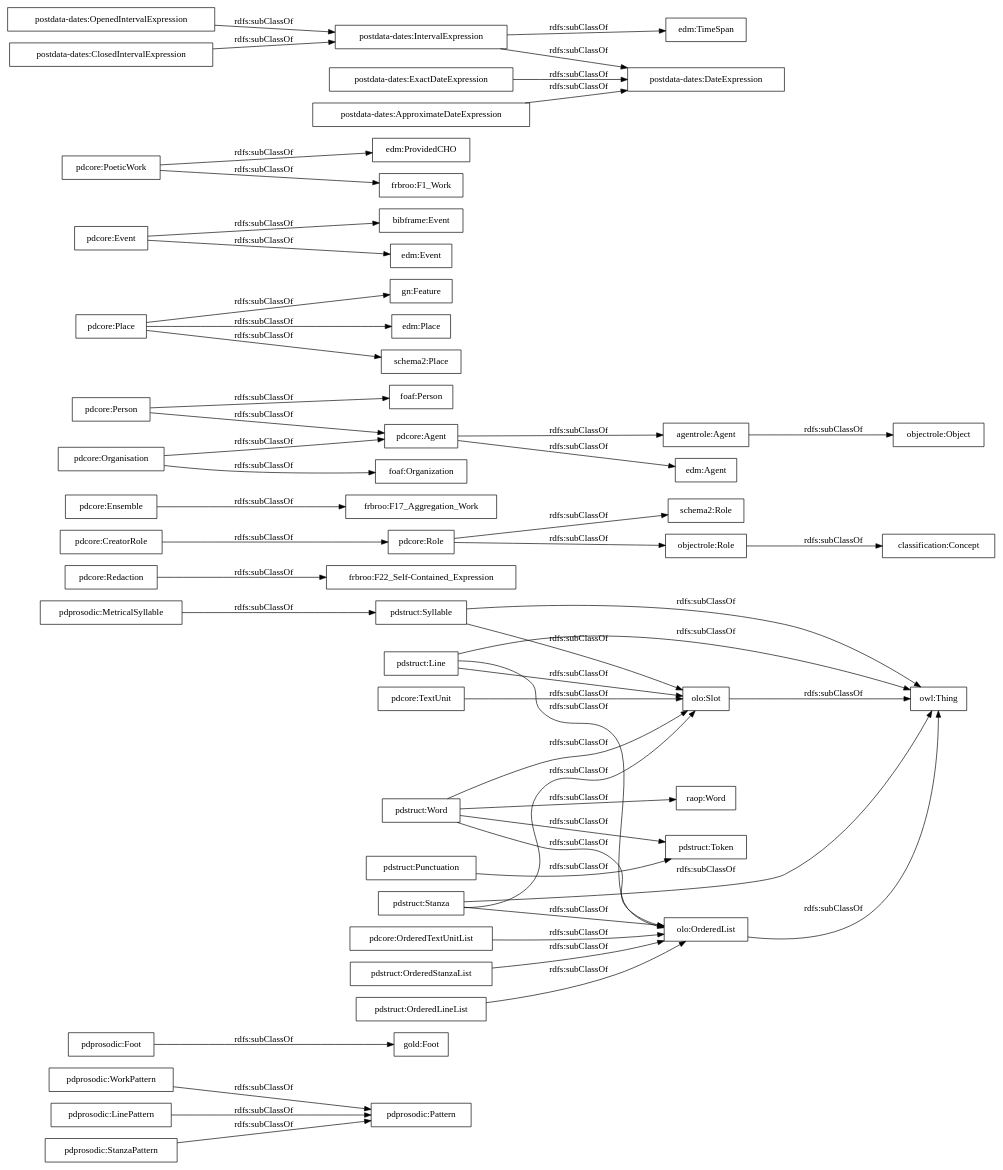
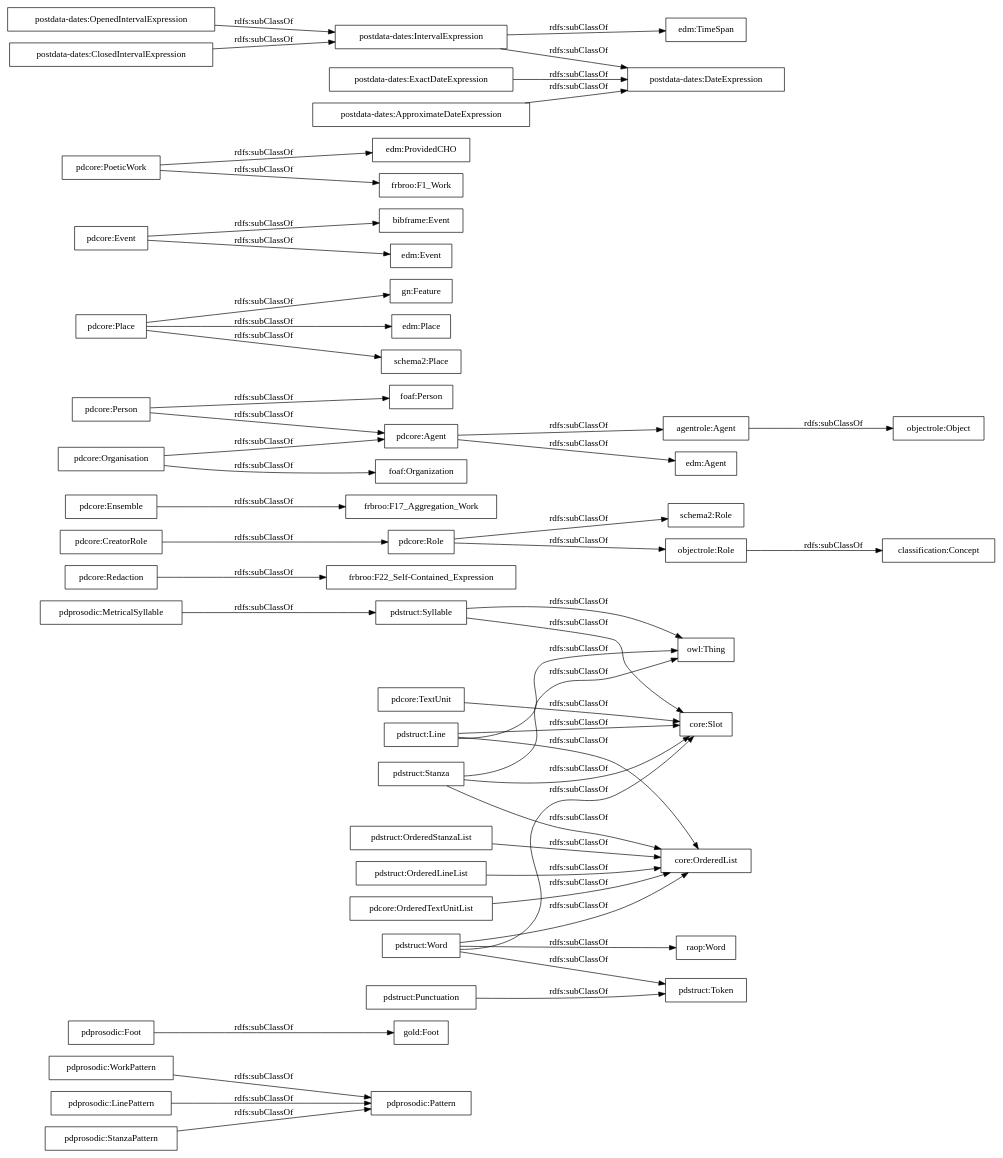
One commit to linhd-postdata/prosodicElements-ontology changed the diagram in OnToology/postdata-prosodicElements.owl/diagrams/ar2dtool-taxonomy/postdata-prosodicElements.owl.png.dot. Above: the diagram before and after it, drawn with Graphviz. The commit also changed 12 other files, not shown here.

```diff
--- a/OnToology/postdata-prosodicElements.owl/diagrams/ar2dtool-taxonomy/postdata-prosodicElements.owl.png.dot
+++ b/OnToology/postdata-prosodicElements.owl/diagrams/ar2dtool-taxonomy/postdata-prosodicElements.owl.png.dot
@@ -1,56 +1,54 @@
 digraph ar2dtool_diagram { 
 rankdir=LR;
 size="1000"
-node [shape = rectangle, color="black"]; "pdprosodic:WorkPattern" "pdprosodic:Foot" "pdprosodic:MetricalSyllable" "pdprosodic:LinePattern" "pdprosodic:Pattern" "gold:Foot" "pdprosodic:StanzaPattern" "pdstruct:Line" "pdstruct:Punctuation" "pdstruct:OrderedStanzaList" "pdstruct:Word" "pdstruct:Stanza" "pdstruct:Token" "pdstruct:Syllable" "pdcore:Redaction" "raop:Word" "pdstruct:OrderedLineList" "olo:Slot" "olo:OrderedList" "pdcore:Role" "frbroo:F17_Aggregation_Work" "pdcore:OrderedTextUnitList" "agentrole:Agent" "gn:Feature" "edm:Agent" "pdcore:Agent" "pdcore:CreatorRole" "pdcore:Person" "pdcore:Organisation" "edm:Place" "pdcore:Ensemble" "foaf:Person" "frbroo:F22_Self-Contained_Expression" "bibframe:Event" "edm:Event" "pdcore:TextUnit" "foaf:Organization" "edm:ProvidedCHO" "pdcore:Place" "schema2:Place" "pdcore:Event" "pdcore:PoeticWork" "frbroo:F1_Work" "schema2:Role" "owl:Thing" "objectrole:Role" "objectrole:Object" "postdata-dates:OpenedIntervalExpression" "postdata-dates:ClosedIntervalExpression" "postdata-dates:IntervalExpression" "postdata-dates:ExactDateExpression" "edm:TimeSpan" "postdata-dates:DateExpression" "postdata-dates:ApproximateDateExpression" "classification:Concept" ; /*classes style*/
+node [shape = rectangle, color="black"]; "pdprosodic:WorkPattern" "pdprosodic:Foot" "pdprosodic:MetricalSyllable" "pdprosodic:LinePattern" "pdprosodic:Pattern" "gold:Foot" "pdprosodic:StanzaPattern" "pdstruct:Line" "pdstruct:Punctuation" "pdstruct:OrderedStanzaList" "pdstruct:Word" "pdstruct:Stanza" "pdstruct:Token" "pdcore:Redaction" "pdstruct:Syllable" "raop:Word" "pdstruct:OrderedLineList" "pdcore:Role" "frbroo:F17_Aggregation_Work" "pdcore:OrderedTextUnitList" "agentrole:Agent" "gn:Feature" "edm:Agent" "pdcore:Agent" "pdcore:CreatorRole" "pdcore:Person" "pdcore:Organisation" "edm:Place" "pdcore:Ensemble" "foaf:Person" "frbroo:F22_Self-Contained_Expression" "bibframe:Event" "edm:Event" "pdcore:TextUnit" "foaf:Organization" "edm:ProvidedCHO" "pdcore:Place" "schema2:Place" "pdcore:Event" "pdcore:PoeticWork" "frbroo:F1_Work" "schema2:Role" "owl:Thing" "objectrole:Role" "objectrole:Object" "postdata-dates:OpenedIntervalExpression" "postdata-dates:ClosedIntervalExpression" "postdata-dates:IntervalExpression" "postdata-dates:ExactDateExpression" "edm:TimeSpan" "postdata-dates:DateExpression" "postdata-dates:ApproximateDateExpression" "classification:Concept" ; /*classes style*/
 	"pdprosodic:WorkPattern" -> "pdprosodic:Pattern" [ label = "rdfs:subClassOf" ];
-	"pdstruct:OrderedStanzaList" -> "olo:OrderedList" [ label = "rdfs:subClassOf" ];
+	"pdstruct:OrderedStanzaList" -> "core:OrderedList" [ label = "rdfs:subClassOf" ];
 	"pdprosodic:MetricalSyllable" -> "pdstruct:Syllable" [ label = "rdfs:subClassOf" ];
 	"pdstruct:Punctuation" -> "pdstruct:Token" [ label = "rdfs:subClassOf" ];
 	"agentrole:Agent" -> "objectrole:Object" [ label = "rdfs:subClassOf" ];
-	"pdstruct:Word" -> "olo:OrderedList" [ label = "rdfs:subClassOf" ];
-	"pdstruct:Word" -> "olo:Slot" [ label = "rdfs:subClassOf" ];
+	"pdstruct:Word" -> "core:OrderedList" [ label = "rdfs:subClassOf" ];
+	"pdstruct:Word" -> "core:Slot" [ label = "rdfs:subClassOf" ];
 	"pdstruct:Word" -> "pdstruct:Token" [ label = "rdfs:subClassOf" ];
 	"pdstruct:Word" -> "raop:Word" [ label = "rdfs:subClassOf" ];
 	"pdcore:PoeticWork" -> "frbroo:F1_Work" [ label = "rdfs:subClassOf" ];
 	"pdcore:PoeticWork" -> "edm:ProvidedCHO" [ label = "rdfs:subClassOf" ];
 	"pdprosodic:Foot" -> "gold:Foot" [ label = "rdfs:subClassOf" ];
 	"objectrole:Role" -> "classification:Concept" [ label = "rdfs:subClassOf" ];
 	"postdata-dates:ClosedIntervalExpression" -> "postdata-dates:IntervalExpression" [ label = "rdfs:subClassOf" ];
-	"pdstruct:Stanza" -> "olo:Slot" [ label = "rdfs:subClassOf" ];
-	"pdstruct:Stanza" -> "olo:OrderedList" [ label = "rdfs:subClassOf" ];
+	"pdstruct:Stanza" -> "core:Slot" [ label = "rdfs:subClassOf" ];
+	"pdstruct:Stanza" -> "core:OrderedList" [ label = "rdfs:subClassOf" ];
 	"pdstruct:Stanza" -> "owl:Thing" [ label = "rdfs:subClassOf" ];
 	"postdata-dates:ApproximateDateExpression" -> "postdata-dates:DateExpression" [ label = "rdfs:subClassOf" ];
 	"pdcore:Agent" -> "agentrole:Agent" [ label = "rdfs:subClassOf" ];
 	"pdcore:Agent" -> "edm:Agent" [ label = "rdfs:subClassOf" ];
-	"olo:Slot" -> "owl:Thing" [ label = "rdfs:subClassOf" ];
 	"postdata-dates:OpenedIntervalExpression" -> "postdata-dates:IntervalExpression" [ label = "rdfs:subClassOf" ];
 	"pdcore:Organisation" -> "foaf:Organization" [ label = "rdfs:subClassOf" ];
 	"pdcore:Organisation" -> "pdcore:Agent" [ label = "rdfs:subClassOf" ];
 	"pdcore:Ensemble" -> "frbroo:F17_Aggregation_Work" [ label = "rdfs:subClassOf" ];
-	"olo:OrderedList" -> "owl:Thing" [ label = "rdfs:subClassOf" ];
-	"pdcore:TextUnit" -> "olo:Slot" [ label = "rdfs:subClassOf" ];
+	"pdcore:TextUnit" -> "core:Slot" [ label = "rdfs:subClassOf" ];
 	"pdcore:Redaction" -> "frbroo:F22_Self-Contained_Expression" [ label = "rdfs:subClassOf" ];
 	"pdcore:Place" -> "edm:Place" [ label = "rdfs:subClassOf" ];
 	"pdcore:Place" -> "schema2:Place" [ label = "rdfs:subClassOf" ];
 	"pdcore:Place" -> "gn:Feature" [ label = "rdfs:subClassOf" ];
-	"pdstruct:OrderedLineList" -> "olo:OrderedList" [ label = "rdfs:subClassOf" ];
+	"pdstruct:OrderedLineList" -> "core:OrderedList" [ label = "rdfs:subClassOf" ];
 	"pdcore:CreatorRole" -> "pdcore:Role" [ label = "rdfs:subClassOf" ];
 	"pdstruct:Syllable" -> "owl:Thing" [ label = "rdfs:subClassOf" ];
-	"pdstruct:Syllable" -> "olo:Slot" [ label = "rdfs:subClassOf" ];
+	"pdstruct:Syllable" -> "core:Slot" [ label = "rdfs:subClassOf" ];
 	"pdcore:Role" -> "objectrole:Role" [ label = "rdfs:subClassOf" ];
 	"pdcore:Role" -> "schema2:Role" [ label = "rdfs:subClassOf" ];
 	"pdprosodic:StanzaPattern" -> "pdprosodic:Pattern" [ label = "rdfs:subClassOf" ];
-	"pdstruct:Line" -> "olo:Slot" [ label = "rdfs:subClassOf" ];
-	"pdstruct:Line" -> "olo:OrderedList" [ label = "rdfs:subClassOf" ];
+	"pdstruct:Line" -> "core:Slot" [ label = "rdfs:subClassOf" ];
+	"pdstruct:Line" -> "core:OrderedList" [ label = "rdfs:subClassOf" ];
 	"pdstruct:Line" -> "owl:Thing" [ label = "rdfs:subClassOf" ];
 	"pdprosodic:LinePattern" -> "pdprosodic:Pattern" [ label = "rdfs:subClassOf" ];
-	"pdcore:OrderedTextUnitList" -> "olo:OrderedList" [ label = "rdfs:subClassOf" ];
+	"pdcore:OrderedTextUnitList" -> "core:OrderedList" [ label = "rdfs:subClassOf" ];
 	"postdata-dates:IntervalExpression" -> "edm:TimeSpan" [ label = "rdfs:subClassOf" ];
 	"postdata-dates:IntervalExpression" -> "postdata-dates:DateExpression" [ label = "rdfs:subClassOf" ];
 	"postdata-dates:ExactDateExpression" -> "postdata-dates:DateExpression" [ label = "rdfs:subClassOf" ];
 	"pdcore:Event" -> "edm:Event" [ label = "rdfs:subClassOf" ];
 	"pdcore:Event" -> "bibframe:Event" [ label = "rdfs:subClassOf" ];
 	"pdcore:Person" -> "foaf:Person" [ label = "rdfs:subClassOf" ];
 	"pdcore:Person" -> "pdcore:Agent" [ label = "rdfs:subClassOf" ];
 
 }
```
